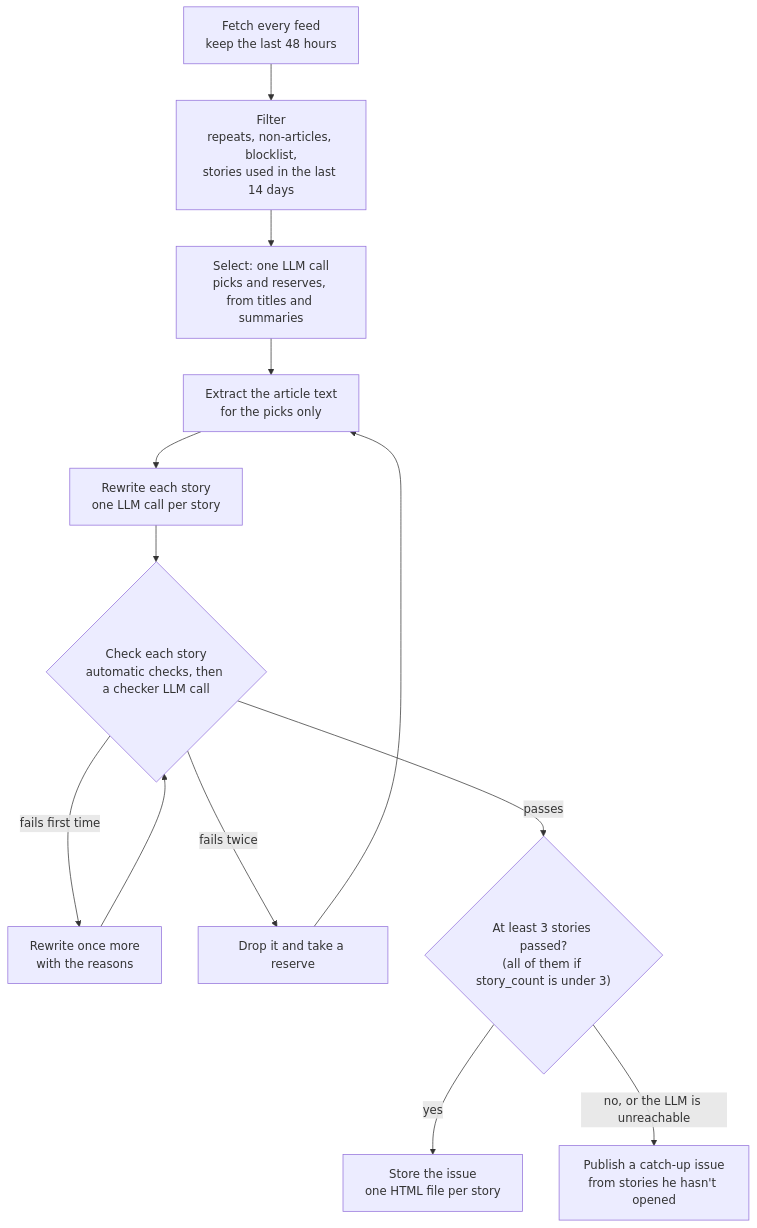
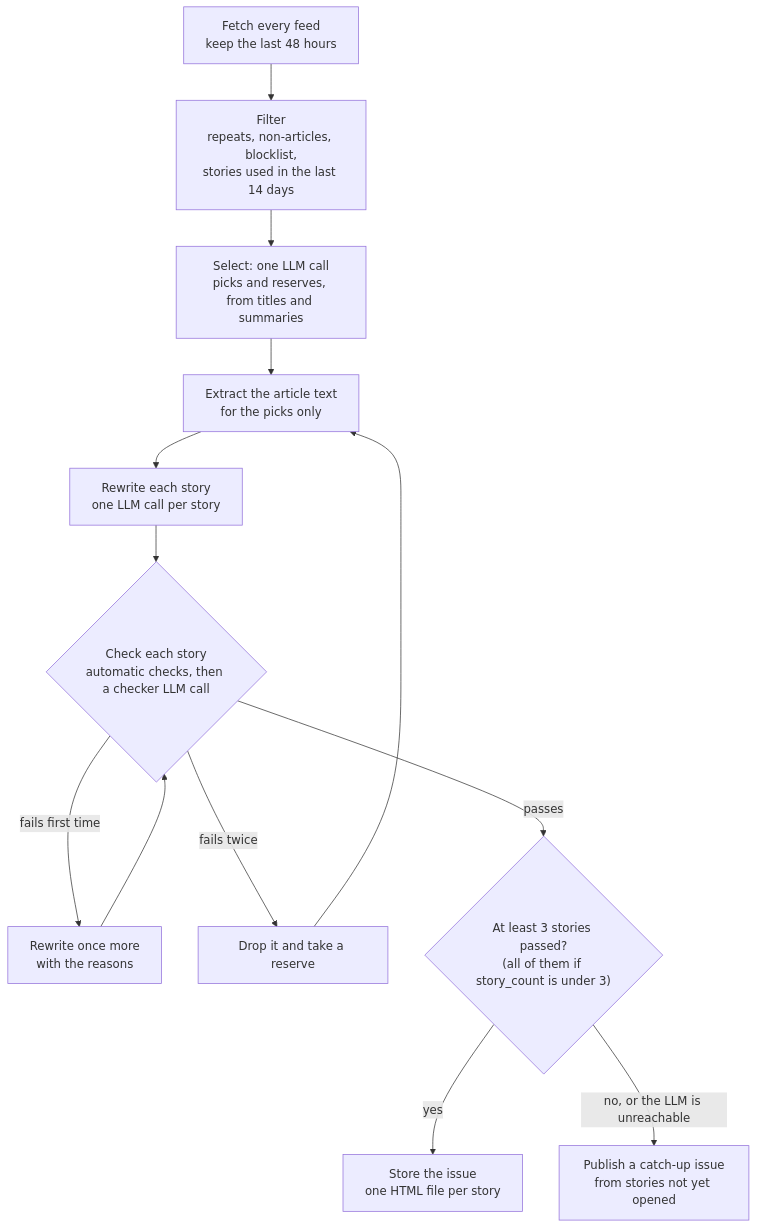
Before and after one commit to kris-g/early-edition-kids: the first of 2 diagrams in docs/architecture.md, drawn with Mermaid. The commit also changed other lines of this file and 1 other file, not shown here.

Commit message:
Docs: neutral wording in the architecture diagrams, and a promo-site preview entry

````diff
--- a/docs/architecture.md
+++ b/docs/architecture.md
@@ -20,21 +20,21 @@
 ```mermaid
 flowchart TD
     fetch["Fetch every feed<br/>keep the last 48 hours"]
     filter["Filter<br/>repeats, non-articles, blocklist,<br/>stories used in the last 14 days"]
     select["Select: one LLM call<br/>picks and reserves, from titles and summaries"]
     extract["Extract the article text<br/>for the picks only"]
     rewrite["Rewrite each story<br/>one LLM call per story"]
     check{"Check each story<br/>automatic checks, then a checker LLM call"}
     retry["Rewrite once more<br/>with the reasons"]
     reserve["Drop it and take a reserve"]
     enough{"At least 3 stories passed?<br/>(all of them if story_count is under 3)"}
     store["Store the issue<br/>one HTML file per story"]
-    fallback["Publish a catch-up issue<br/>from stories he hasn't opened"]
+    fallback["Publish a catch-up issue<br/>from stories not yet opened"]
 
     fetch --> filter --> select --> extract --> rewrite --> check
     check -- "passes" --> enough
     check -- "fails first time" --> retry --> check
     check -- "fails twice" --> reserve --> extract
     enough -- "yes" --> store
     enough -- "no, or the LLM is unreachable" --> fallback
 ```
````
